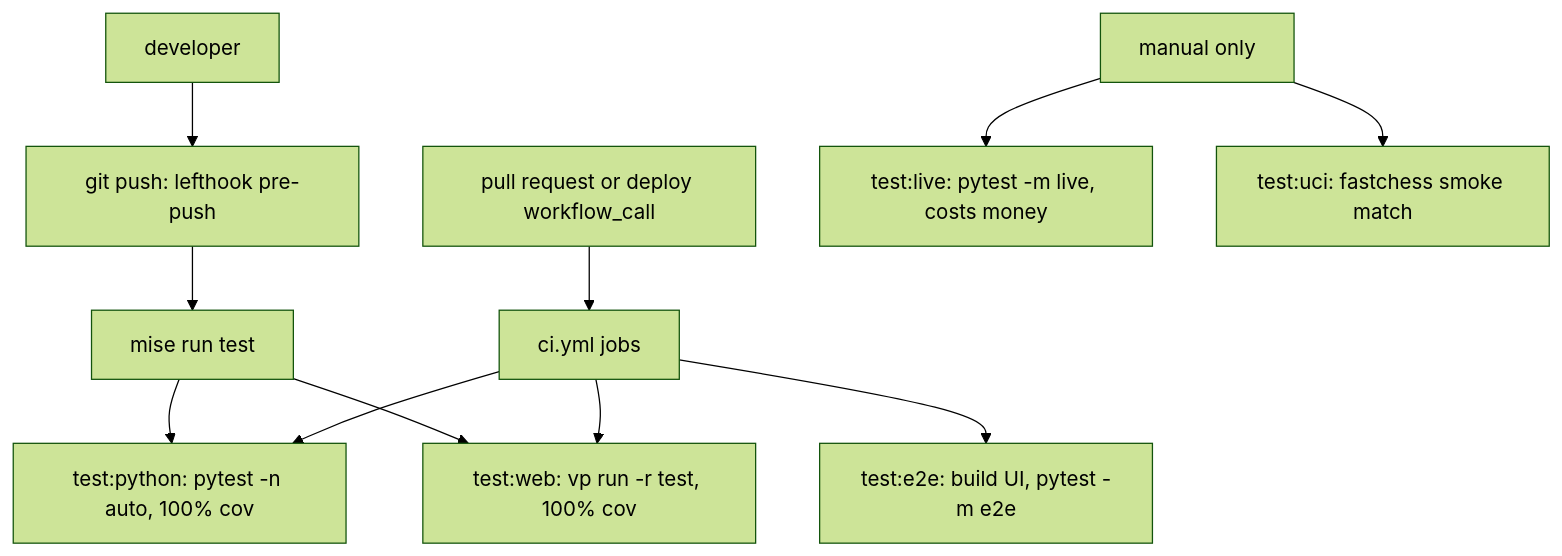
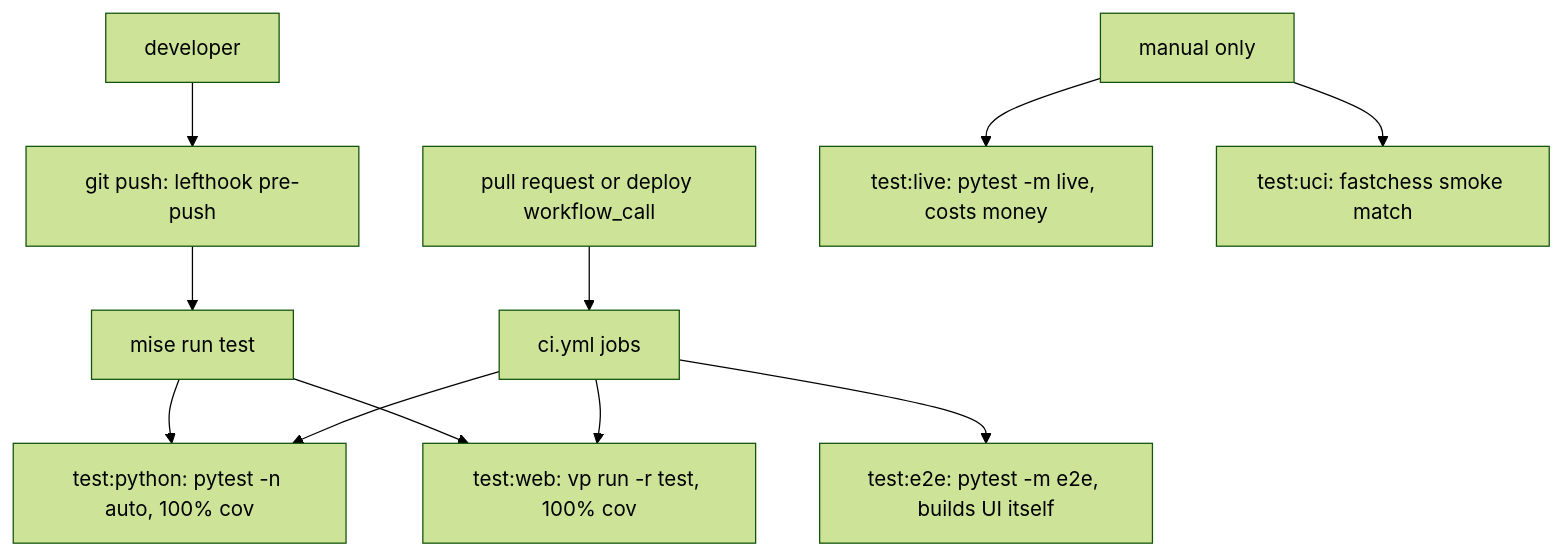
One commit to darieldatoon/langchain-chess changed the first of 2 diagrams in openwiki/testing/testing-conventions.md. Above: the diagram before and after it, drawn with Mermaid (forest theme). The commit also changed other lines of this file and 46 other files, not shown here.

````diff
--- a/openwiki/testing/testing-conventions.md
+++ b/openwiki/testing/testing-conventions.md
@@ -105,13 +107,13 @@
 ```mermaid
 flowchart TD
   Dev["developer"] --> Push["git push: lefthook pre-push"]
   Push --> T["mise run test"]
   T --> Py["test:python: pytest -n auto, 100% cov"]
   T --> Web["test:web: vp run -r test, 100% cov"]
   PR["pull request or deploy workflow_call"] --> CI["ci.yml jobs"]
   CI --> Py
   CI --> Web
-  CI --> E2E["test:e2e: build UI, pytest -m e2e"]
+  CI --> E2E["test:e2e: pytest -m e2e, builds UI itself"]
   Manual["manual only"] --> Live["test:live: pytest -m live, costs money"]
   Manual --> Uci["test:uci: fastchess smoke match"]
 ```
````
